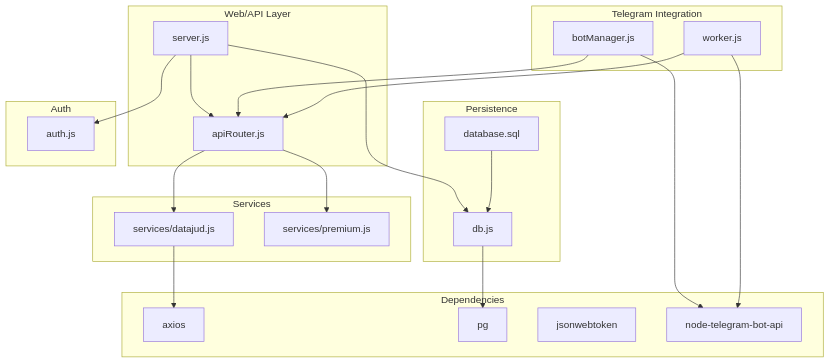
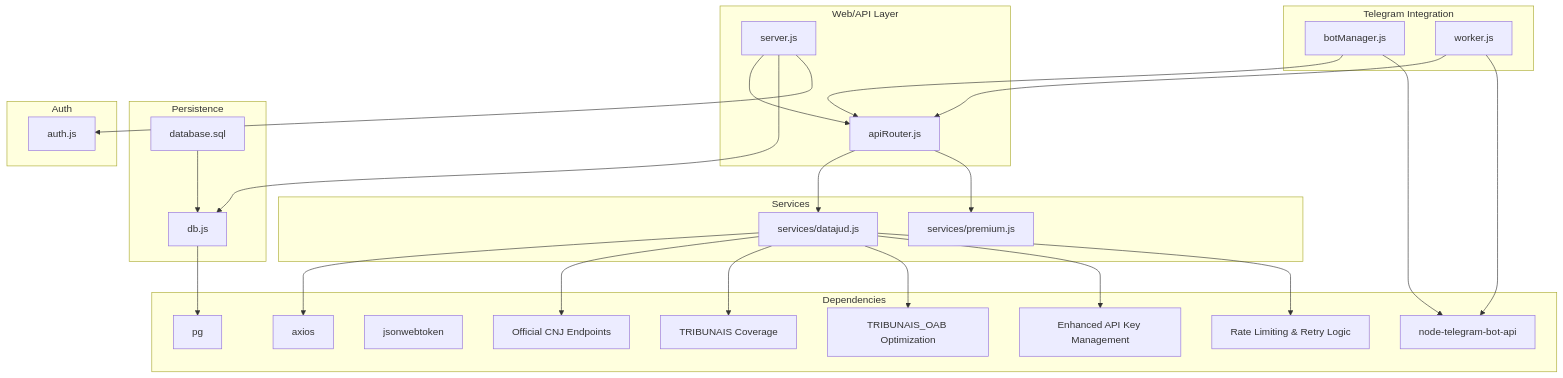
One commit to Alexandrexicara/bot-processos changed the first of 5 diagrams in .qoder/repowiki/en/content/API Integration Layer/DataJud Free Service Integration.md. Above: the diagram before and after it, drawn with Mermaid. The commit also changed other lines of this file and 10 other files, not shown here.

````diff
--- a/.qoder/repowiki/en/content/API Integration Layer/DataJud Free Service Integration.md
+++ b/.qoder/repowiki/en/content/API Integration Layer/DataJud Free Service Integration.md
@@ -41,40 +53,50 @@
 ```mermaid
 graph TB
 subgraph "Web/API Layer"
 S["server.js"]
 R["apiRouter.js"]
 end
 subgraph "Services"
 D["services/datajud.js"]
 P["services/premium.js"]
 end
 subgraph "Telegram Integration"
 BM["botManager.js"]
 W["worker.js"]
 end
 subgraph "Persistence"
 DB["db.js"]
 SCHEMA["database.sql"]
 end
 subgraph "Auth"
 A["auth.js"]
 end
 subgraph "Dependencies"
 AX["axios"]
 PG["pg"]
 JWT["jsonwebtoken"]
 TG["node-telegram-bot-api"]
+ENDPT["Official CNJ Endpoints"]
+ENDPT2["TRIBUNAIS Coverage"]
+ENDPT3["TRIBUNAIS_OAB Optimization"]
+ENDPT4["Enhanced API Key Management"]
+ENDPT5["Rate Limiting & Retry Logic"]
 end
 S --> R
 R --> D
 R --> P
 BM --> R
 W --> R
 S --> DB
 DB --> PG
 S --> A
 D --> AX
+D --> ENDPT
+D --> ENDPT2
+D --> ENDPT3
+D --> ENDPT4
+D --> ENDPT5
 BM --> TG
 W --> TG
 SCHEMA --> DB
 ```
````
